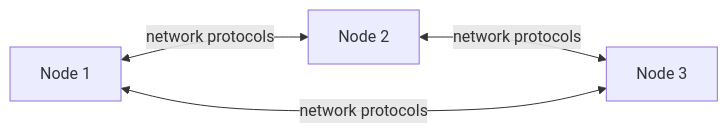
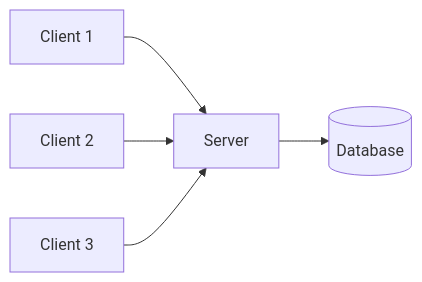
Before and after one commit to HARRISAMIN432/system-design-hld: diagram 14 of 17 in 09_distributed_computing/README.md, drawn with Mermaid. The commit also changed other lines of this file and 11 other files, not shown here.

````diff
--- a/09_distributed_computing/README.md
+++ b/09_distributed_computing/README.md
@@ -162,6 +881,7 @@
 ```mermaid
 flowchart LR
-    N1["Node 1"] <-- "network protocols" --> N2["Node 2"]
-    N2 <-- "network protocols" --> N3["Node 3"]
-    N1 <-- "network protocols" --> N3
+    C1["Client 1"] --> S["Server"]
+    C2["Client 2"] --> S
+    C3["Client 3"] --> S
+    S --> D[("Database")]
 ```
````
